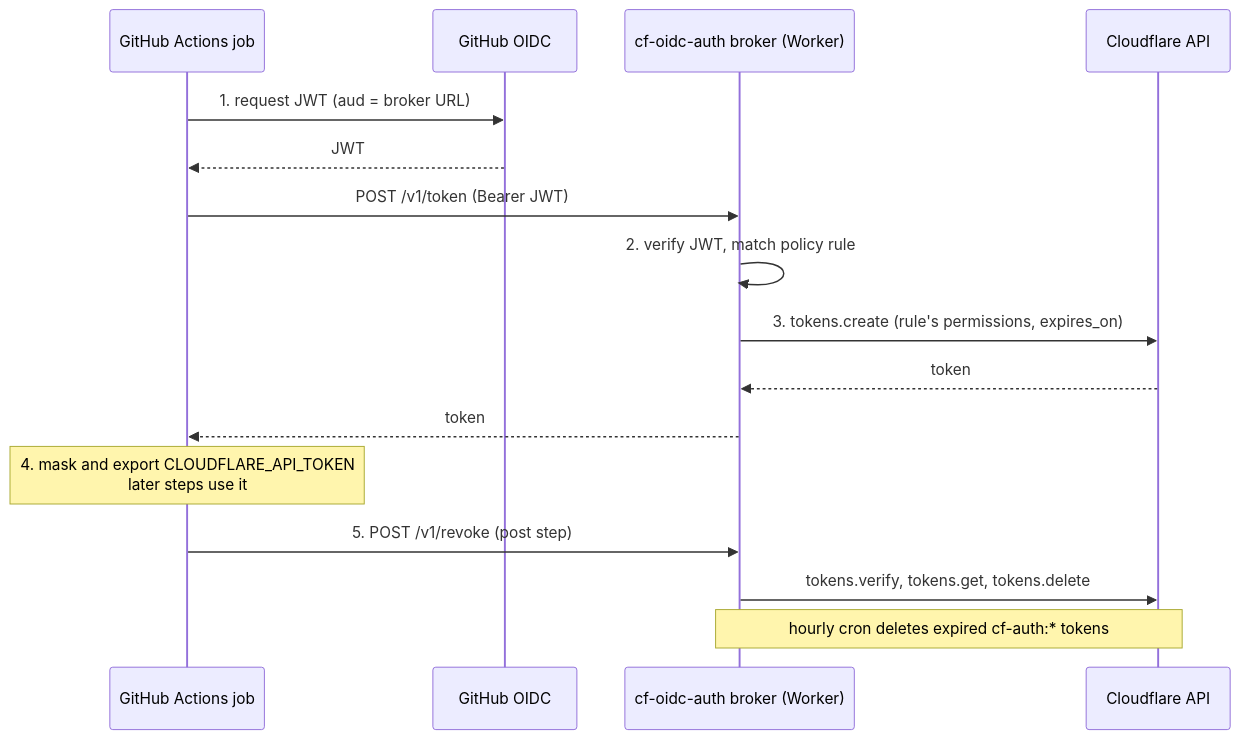
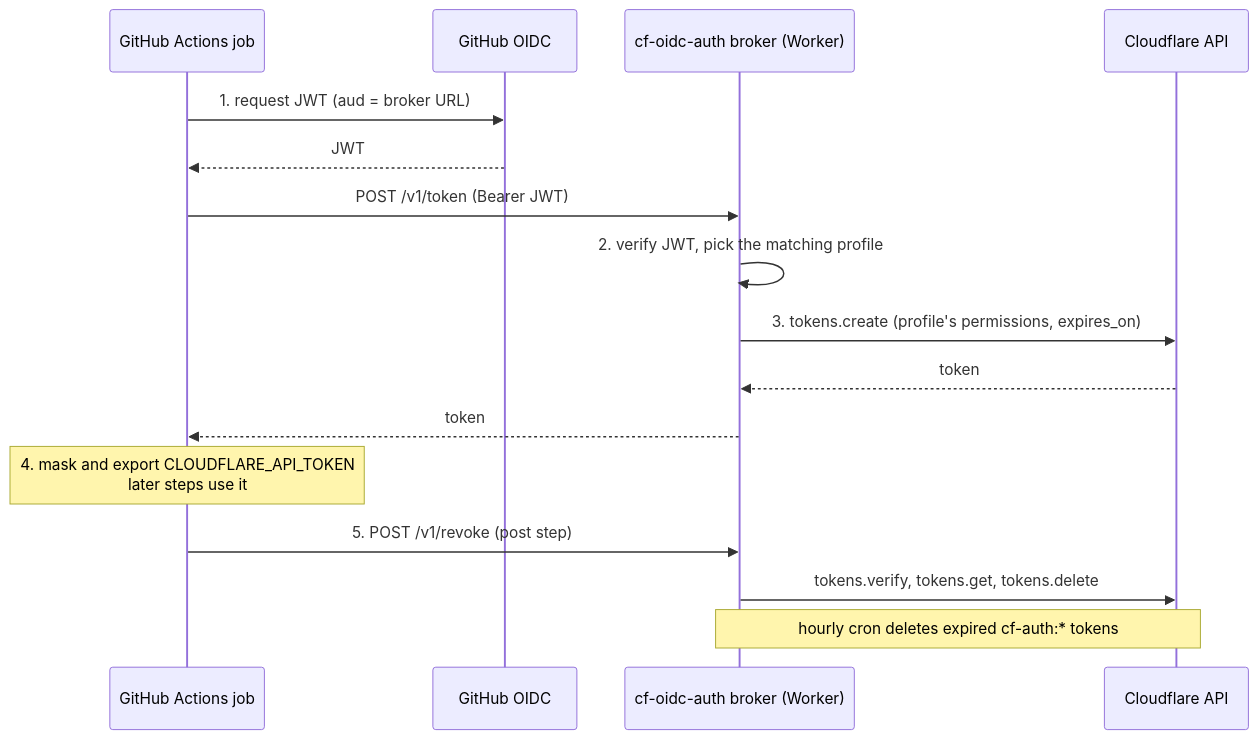
One commit to cf-contrib/cf-auth changed the diagram in README.md. Above: the diagram before and after it, drawn with Mermaid. The commit also changed other lines of this file and 22 other files, not shown here.

````diff
--- a/README.md
+++ b/README.md
@@ -38,19 +38,19 @@
 ```mermaid
 sequenceDiagram
     participant Job as GitHub Actions job
     participant OIDC as GitHub OIDC
     participant Broker as cf-oidc-auth broker (Worker)
     participant CF as Cloudflare API
 
     Job->>OIDC: 1. request JWT (aud = broker URL)
     OIDC-->>Job: JWT
     Job->>Broker: POST /v1/token (Bearer JWT)
-    Broker->>Broker: 2. verify JWT, match policy rule
-    Broker->>CF: 3. tokens.create (rule's permissions, expires_on)
+    Broker->>Broker: 2. verify JWT, pick the matching profile
+    Broker->>CF: 3. tokens.create (profile's permissions, expires_on)
     CF-->>Broker: token
     Broker-->>Job: token
     Note over Job: 4. mask and export CLOUDFLARE_API_TOKEN<br/>later steps use it
     Job->>Broker: 5. POST /v1/revoke (post step)
     Broker->>CF: tokens.verify, tokens.get, tokens.delete
     Note over Broker,CF: hourly cron deletes expired cf-auth:* tokens
 ```
````
